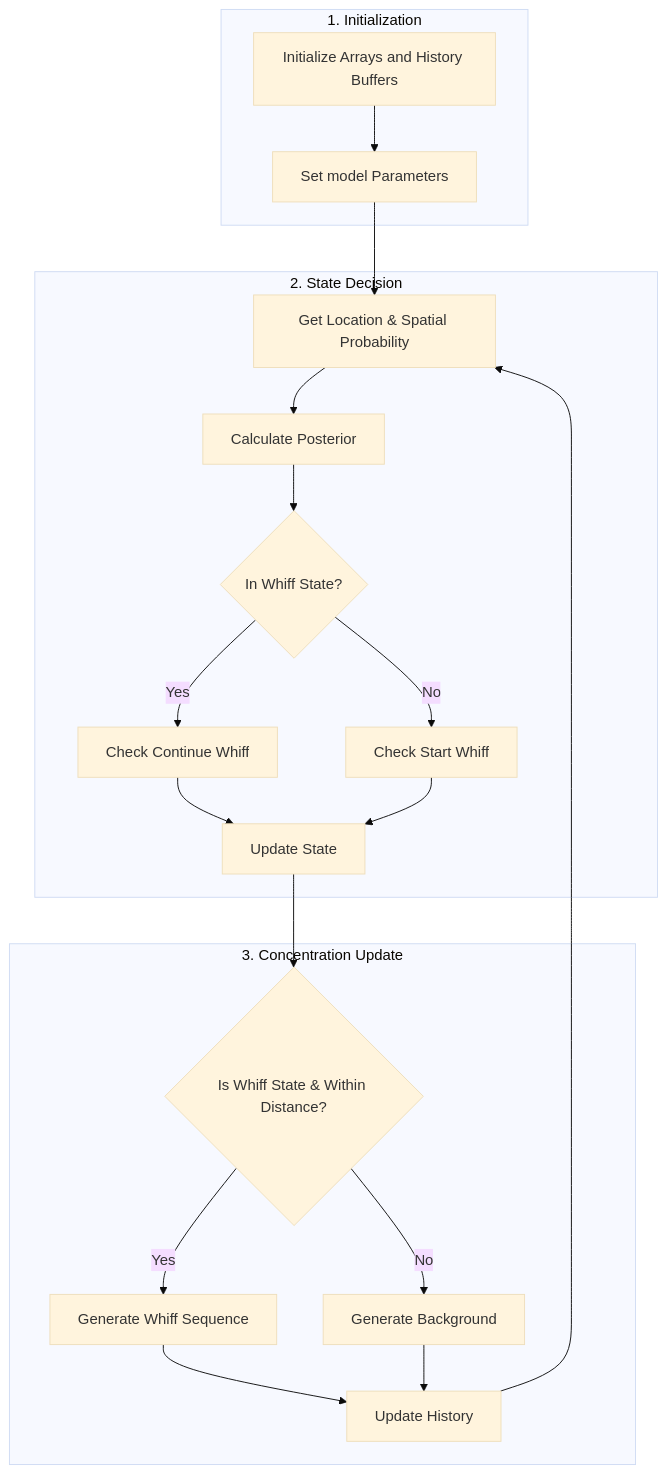
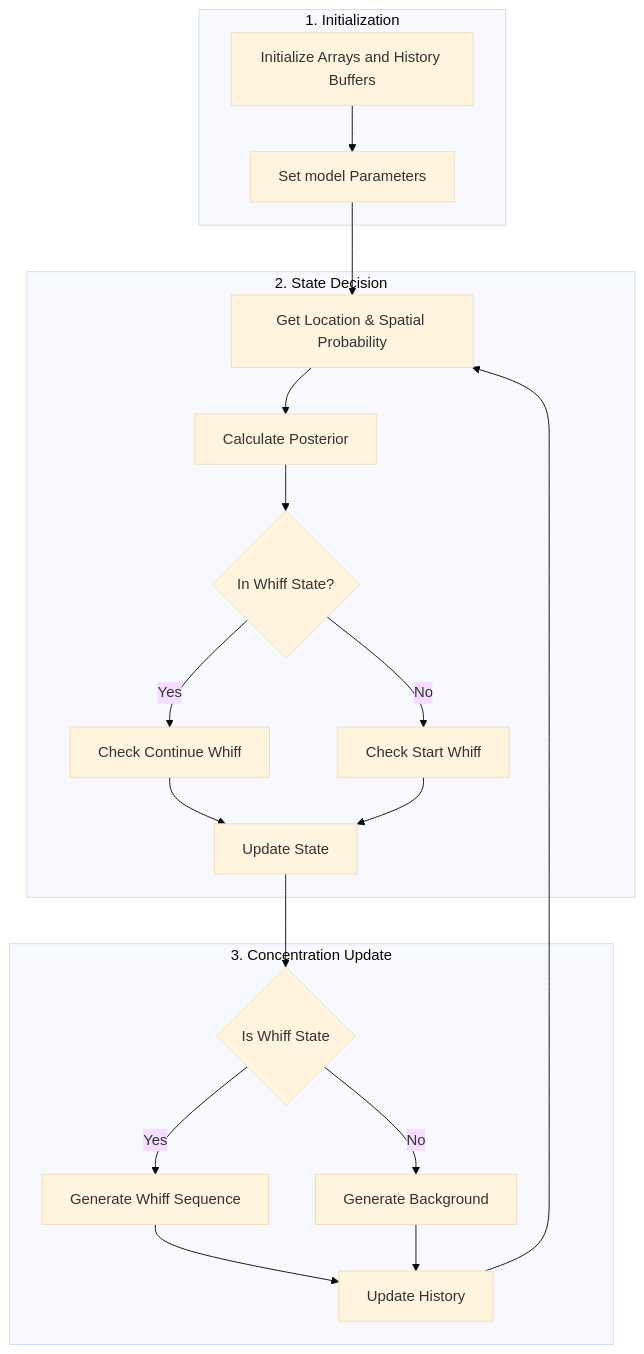
The diagram in README.md (arunavanag591/COSMOS), drawn with Mermaid (base theme) before and after one commit. The commit also changed 1 other file, not shown here.

Commit message:
added flow diagram

````diff
--- a/README.md
+++ b/README.md
@@ -6,29 +6,29 @@
 ```mermaid
 
 flowchart TD
     subgraph Initialization["1. Initialization"]
         I1[Initialize Arrays and History Buffers] --> I2[Set model Parameters]
     end
 
     subgraph State["2. State Decision"]
         S1[Get Location & Spatial Probability] --> S2[Calculate Posterior]
         S2 --> S3{In Whiff State?}
         S3 -->|Yes| S4[Check Continue Whiff]
         S3 -->|No| S5[Check Start Whiff]
         S4 --> S6[Update State]
         S5 --> S6
     end
 
     subgraph Concentration["3. Concentration Update"]
-        C1{Is Whiff State & Within Distance?}
+        C1{Is Whiff State}
         C1 -->|Yes| C2[Generate Whiff Sequence]
         C1 -->|No| C3[Generate Background]
         C2 --> C4[Update History]
         C3 --> C4
     end
 
     I2 --> S1
     S6 --> C1
     C4 --> S1
 
 ```
````
